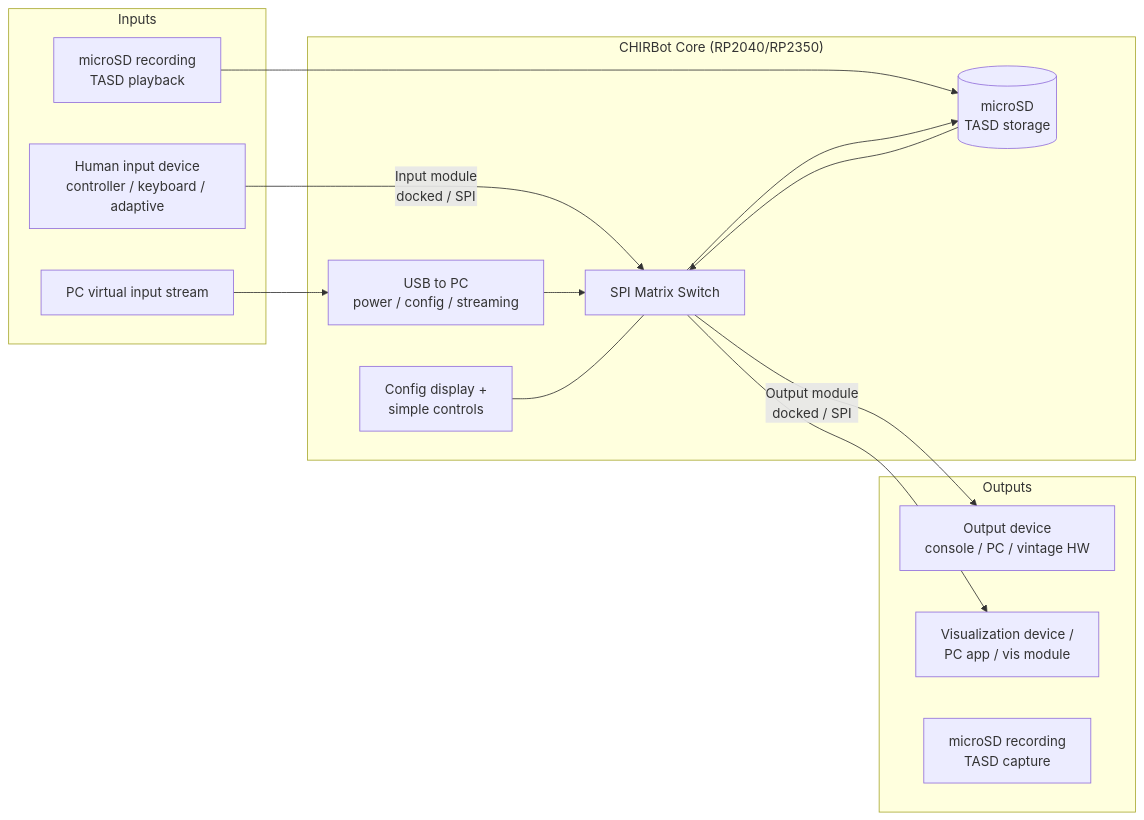
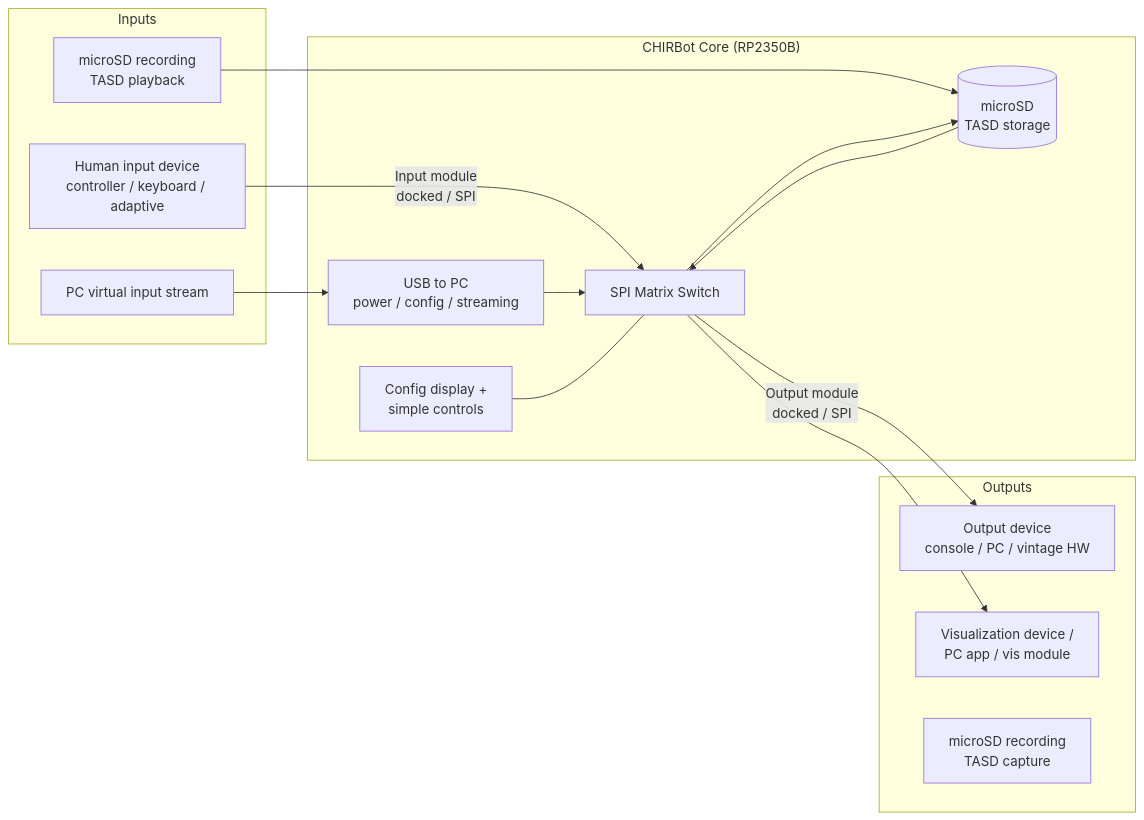
One commit to Fortinbra/CHIRBot changed the diagram in docs/ARCHITECTURE.md. Above: the diagram before and after it, drawn with Mermaid. The commit also changed other lines of this file and 11 other files, not shown here.

````diff
--- a/docs/ARCHITECTURE.md
+++ b/docs/ARCHITECTURE.md
@@ -31,29 +33,29 @@
 ```mermaid
 flowchart LR
     subgraph Inputs
         HID[Human input device<br/>controller / keyboard / adaptive]
         PC_IN[PC virtual input stream]
         SD_IN[microSD recording<br/>TASD playback]
     end
 
-    subgraph Core["CHIRBot Core (RP2040/RP2350)"]
+    subgraph Core["CHIRBot Core (RP2350B)"]
         MATRIX[SPI Matrix Switch]
         DISP[Config display +<br/>simple controls]
         SD[(microSD<br/>TASD storage)]
         USB[USB to PC<br/>power / config / streaming]
     end
 
     subgraph Outputs
         OUT[Output device<br/>console / PC / vintage HW]
         VIS[Visualization device /<br/>PC app / vis module]
         SD_OUT[microSD recording<br/>TASD capture]
     end
 
     HID -->|Input module<br/>docked / SPI| MATRIX
     PC_IN --> USB --> MATRIX
     SD_IN --> SD --> MATRIX
     MATRIX -->|Output module<br/>docked / SPI| OUT
     MATRIX --> VIS
     MATRIX --> SD
     DISP --- MATRIX
 ```
````
